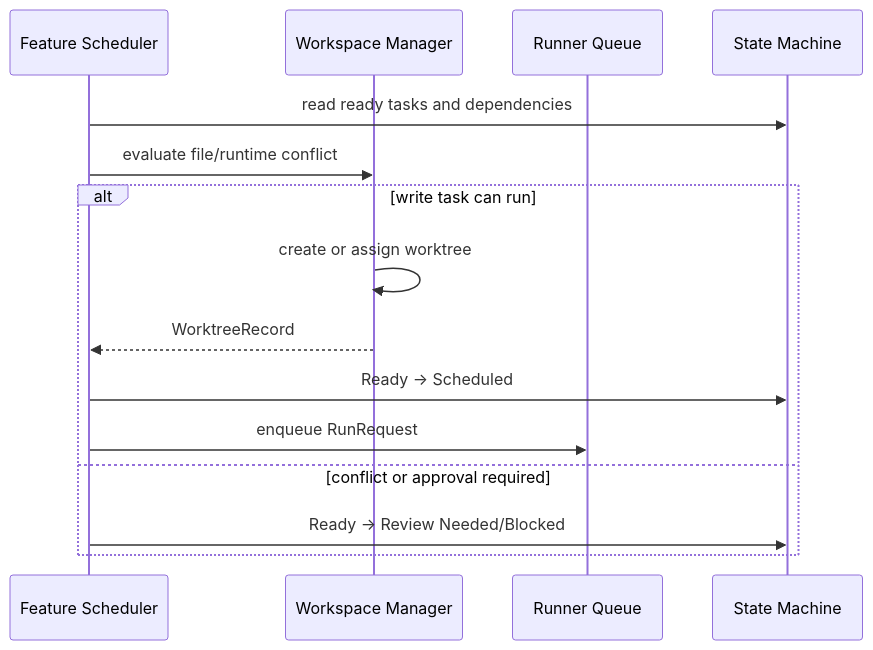
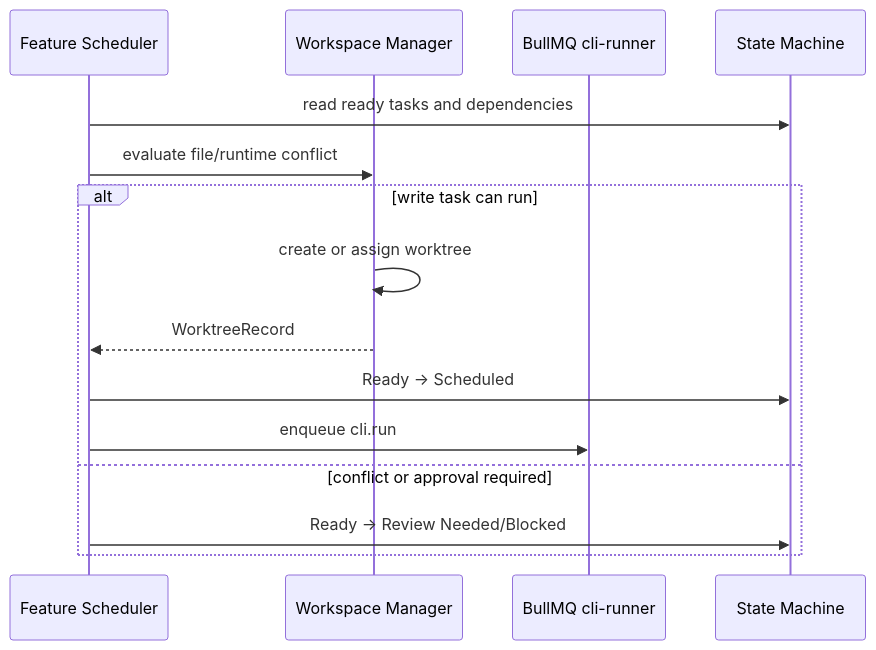
Before and after one commit to songcojp/Spec-Driven-Autonomous-Coding-System: the fifth of 13 diagrams in docs/zh-CN/design.md, drawn with Mermaid. The commit also changed other lines of this file and 30 other files, not shown here.

````diff
--- a/docs/zh-CN/design.md
+++ b/docs/zh-CN/design.md
@@ -1185,18 +1186,18 @@
 ```mermaid
 sequenceDiagram
   participant FS as Feature Scheduler
   participant WM as Workspace Manager
-  participant Q as Runner Queue
+  participant Q as BullMQ cli-runner
   participant SM as State Machine
 
   FS->>SM: read ready tasks and dependencies
   FS->>WM: evaluate file/runtime conflict
   alt write task can run
     WM->>WM: create or assign worktree
     WM-->>FS: WorktreeRecord
     FS->>SM: Ready -> Scheduled
-    FS->>Q: enqueue RunRequest
+    FS->>Q: enqueue cli.run
   else conflict or approval required
     FS->>SM: Ready -> Review Needed/Blocked
   end
 ```
````
